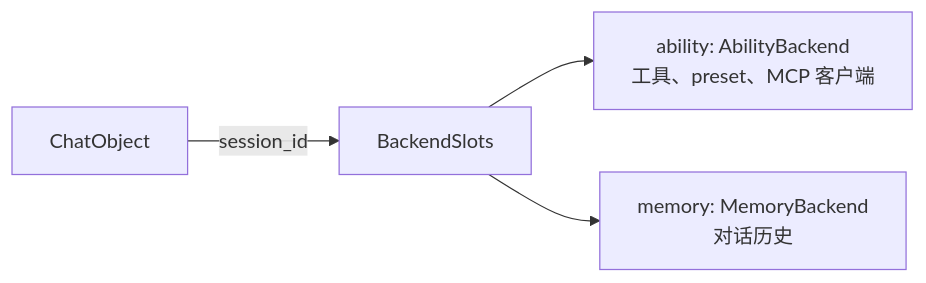
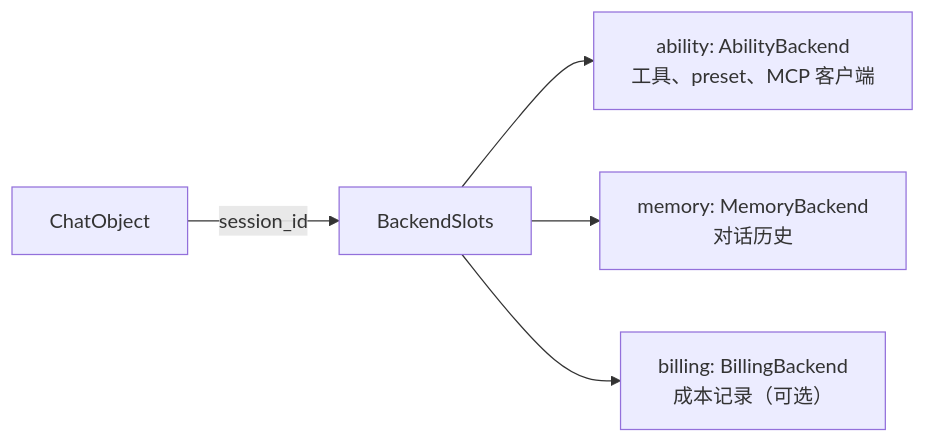
Before and after one commit to AmritaBot/AmritaCore: the first of 2 diagrams in docs/docs/zh/guide/concepts/data-backend.md, drawn with Mermaid. The commit also changed other lines of this file and 239 other files, not shown here.

````diff
--- a/docs/docs/zh/guide/concepts/data-backend.md
+++ b/docs/docs/zh/guide/concepts/data-backend.md
@@ -8,6 +8,7 @@
 ```mermaid
 flowchart LR
     CO["ChatObject"] -->|session_id| BS["BackendSlots"]
     BS --> AB["ability: AbilityBackend<br/>工具、preset、MCP 客户端"]
     BS --> MB["memory: MemoryBackend<br/>对话历史"]
+    BS --> BB["billing: BillingBackend<br/>成本记录（可选）"]
 ```
````
